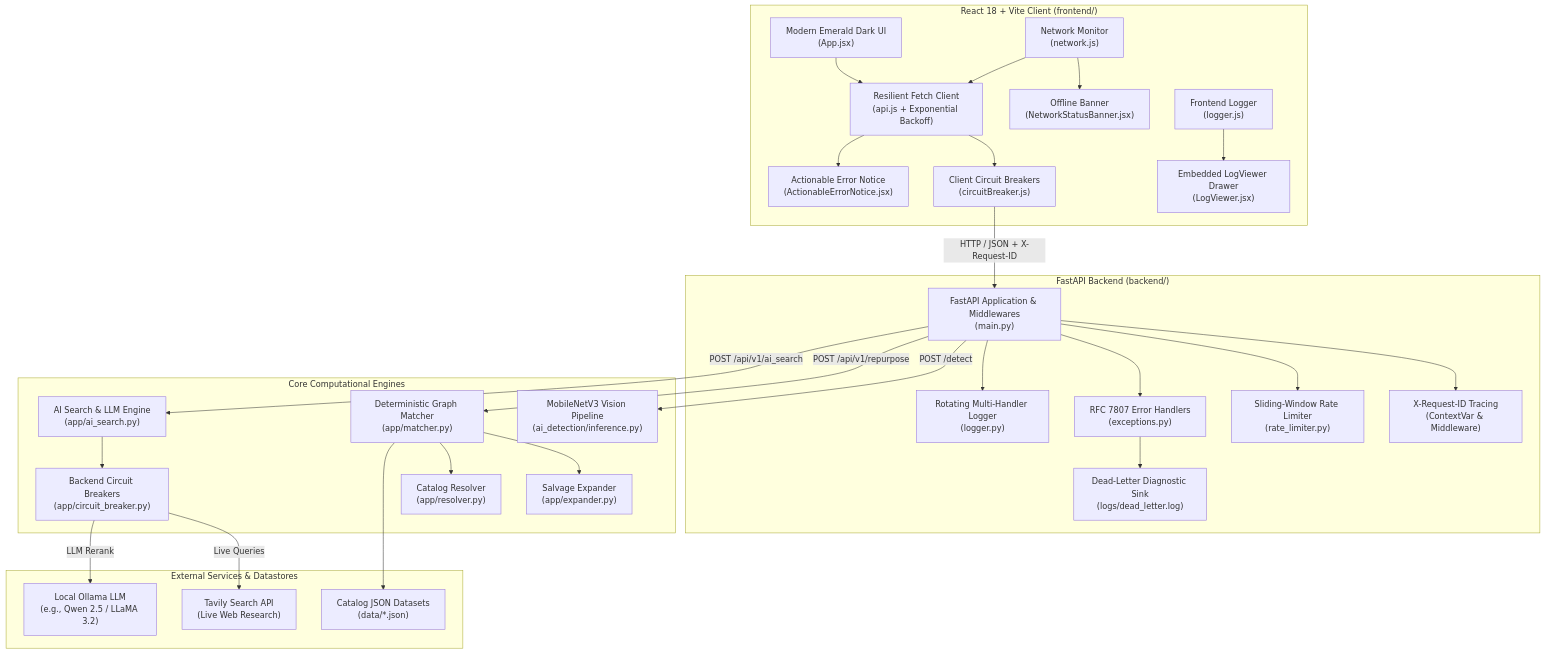
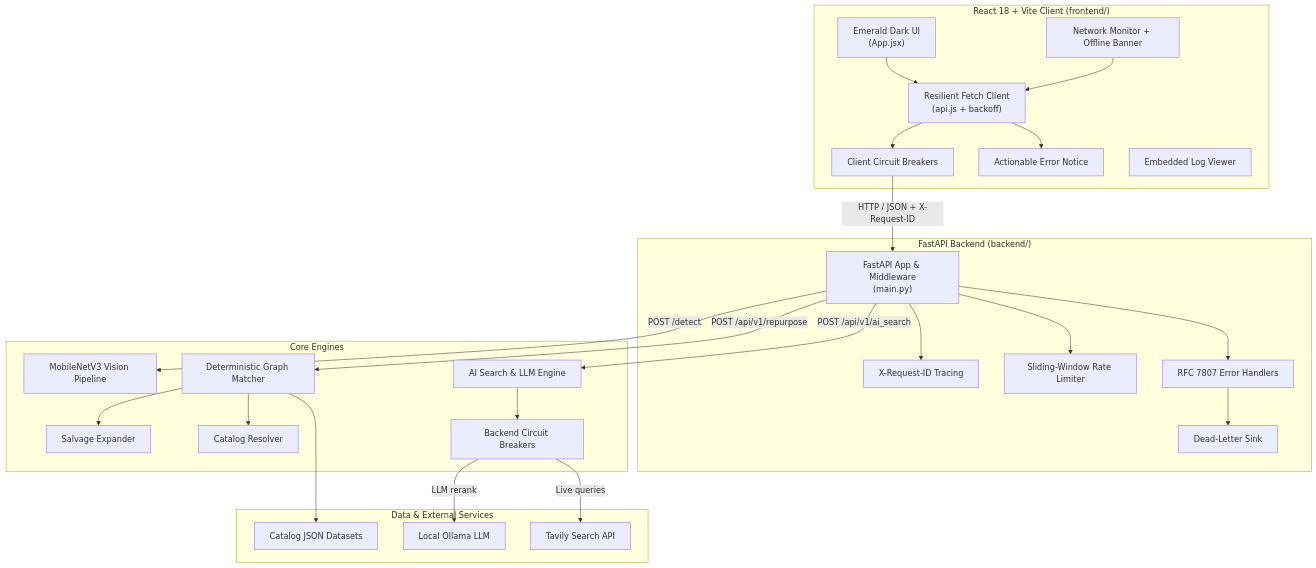
Before and after one commit to dhashwinkennedy/ReWire-Give-Dead-Electronics-a-Second-Life: the second of 2 diagrams in README.md, drawn with Mermaid. The commit also changed other lines of this file and 10 other files, not shown here.

````diff
--- a/README.md
+++ b/README.md
@@ -74,63 +133,52 @@
 ```mermaid
 flowchart TD
     subgraph Frontend["React 18 + Vite Client (frontend/)"]
-        UI["Modern Emerald Dark UI<br/>(App.jsx)"]
-        NetMon["Network Monitor<br/>(network.js)"]
-        CB_Front["Client Circuit Breakers<br/>(circuitBreaker.js)"]
-        API_Layer["Resilient Fetch Client<br/>(api.js + Exponential Backoff)"]
-        ErrUI["Actionable Error Notice<br/>(ActionableErrorNotice.jsx)"]
-        NetBanner["Offline Banner<br/>(NetworkStatusBanner.jsx)"]
-        LogViewer["Embedded LogViewer Drawer<br/>(LogViewer.jsx)"]
-        FrontLog["Frontend Logger<br/>(logger.js)"]
+        UI["Emerald Dark UI<br/>(App.jsx)"]
+        API_Layer["Resilient Fetch Client<br/>(api.js + backoff)"]
+        CB_Front["Client Circuit Breakers"]
+        NetMon["Network Monitor + Offline Banner"]
+        ErrUI["Actionable Error Notice"]
+        LogViewer["Embedded Log Viewer"]
     end
 
     subgraph Backend["FastAPI Backend (backend/)"]
-        Router["FastAPI Application & Middlewares<br/>(main.py)"]
-        ReqCorr["X-Request-ID Tracing<br/>(ContextVar & Middleware)"]
-        RateLim["Sliding-Window Rate Limiter<br/>(rate_limiter.py)"]
-        ErrHandlers["RFC 7807 Error Handlers<br/>(exceptions.py)"]
-        DeadLetter["Dead-Letter Diagnostic Sink<br/>(logs/dead_letter.log)"]
-        RotLogger["Rotating Multi-Handler Logger<br/>(logger.py)"]
+        Router["FastAPI App & Middleware<br/>(main.py)"]
+        ReqCorr["X-Request-ID Tracing"]
+        RateLim["Sliding-Window Rate Limiter"]
+        ErrHandlers["RFC 7807 Error Handlers"]
+        DeadLetter["Dead-Letter Sink"]
     end
 
-    subgraph Engines["Core Computational Engines"]
-        Vision["MobileNetV3 Vision Pipeline<br/>(ai_detection/inference.py)"]
-        Matcher["Deterministic Graph Matcher<br/>(app/matcher.py)"]
-        Expander["Salvage Expander<br/>(app/expander.py)"]
-        Resolver["Catalog Resolver<br/>(app/resolver.py)"]
-        AISearch["AI Search & LLM Engine<br/>(app/ai_search.py)"]
-        BackCB["Backend Circuit Breakers<br/>(app/circuit_breaker.py)"]
+    subgraph Engines["Core Engines"]
+        Vision["MobileNetV3 Vision Pipeline"]
+        Matcher["Deterministic Graph Matcher"]
+        Expander["Salvage Expander"]
+        Resolver["Catalog Resolver"]
+        AISearch["AI Search & LLM Engine"]
+        BackCB["Backend Circuit Breakers"]
     end
 
-    subgraph External["External Services & Datastores"]
-        Ollama["Local Ollama LLM<br/>(e.g., Qwen 2.5 / LLaMA 3.2)"]
-        Tavily["Tavily Search API<br/>(Live Web Research)"]
-        Catalog["Catalog JSON Datasets<br/>(data/*.json)"]
+    subgraph External["Data & External Services"]
+        Catalog["Catalog JSON Datasets"]
+        Ollama["Local Ollama LLM"]
+        Tavily["Tavily Search API"]
     end
 
-    UI --> API_Layer
-    NetMon --> NetBanner
+    UI --> API_Layer --> CB_Front -->|HTTP / JSON + X-Request-ID| Router
     NetMon --> API_Layer
-    API_Layer --> CB_Front
-    CB_Front -->|HTTP / JSON + X-Request-ID| Router
     API_Layer --> ErrUI
-    FrontLog --> LogViewer
-
     Router --> ReqCorr
     Router --> RateLim
-    Router --> ErrHandlers
-    ErrHandlers --> DeadLetter
-    Router --> RotLogger
+    Router --> ErrHandlers --> DeadLetter
 
     Router -->|POST /detect| Vision
     Router -->|POST /api/v1/repurpose| Matcher
     Router -->|POST /api/v1/ai_search| AISearch
 
     Matcher --> Expander
     Matcher --> Resolver
     Matcher --> Catalog
-
     AISearch --> BackCB
-    BackCB -->|Live Queries| Tavily
-    BackCB -->|LLM Rerank| Ollama
+    BackCB -->|Live queries| Tavily
+    BackCB -->|LLM rerank| Ollama
 ```
````
